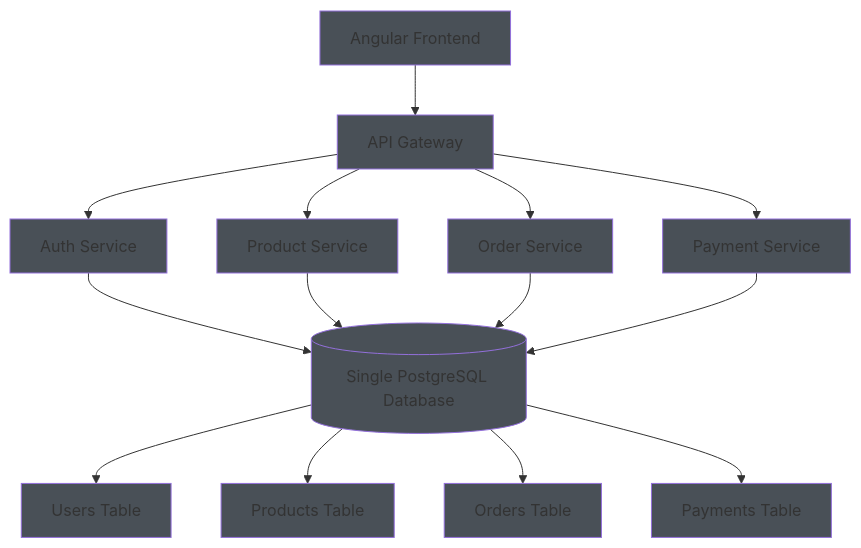
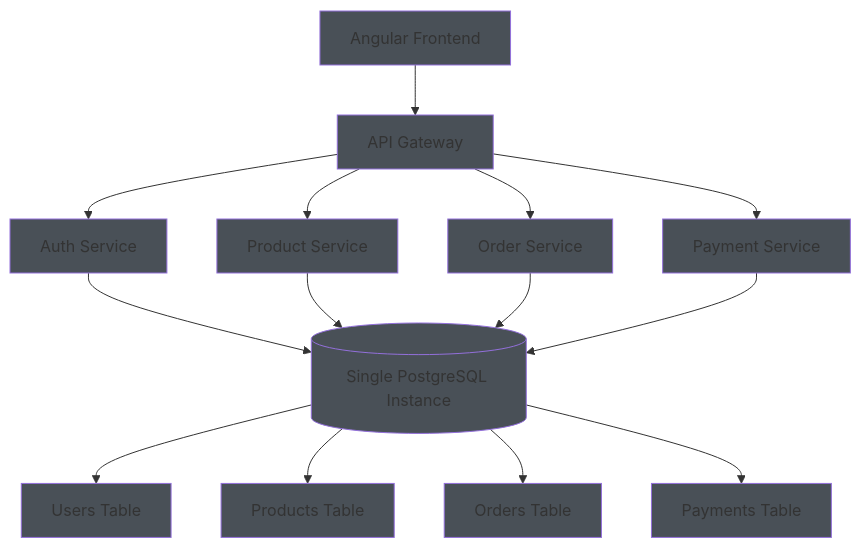
Before and after one commit to nayanvithanage/code_20-architecture-practice: the first of 8 diagrams in database-architecture-patterns.md, drawn with Mermaid. The commit also changed other lines of this file and 3 other files, not shown here.

Commit message:
refactor: update PostgreSQL terminology to enhance clarity across architecture documentation

````diff
--- a/database-architecture-patterns.md
+++ b/database-architecture-patterns.md
@@ -16,30 +16,30 @@
 ```mermaid
 graph TD
     A[Angular Frontend] --> B[API Gateway]
     B --> C[Auth Service]
     B --> D[Product Service]
     B --> E[Order Service]
     B --> F[Payment Service]
     
-    C --> G[(Single PostgreSQL Database)]
+    C --> G[(Single PostgreSQL Instance)]
     D --> G
     E --> G
     F --> G
     
     G --> H[Users Table]
     G --> I[Products Table]
     G --> J[Orders Table]
     G --> K[Payments Table]
     
     style A fill:#495057
     style B fill:#495057
     style C fill:#495057
     style D fill:#495057
     style E fill:#495057
     style F fill:#495057
     style G fill:#495057
     style H fill:#495057
     style I fill:#495057
     style J fill:#495057
     style K fill:#495057
 ```
````
